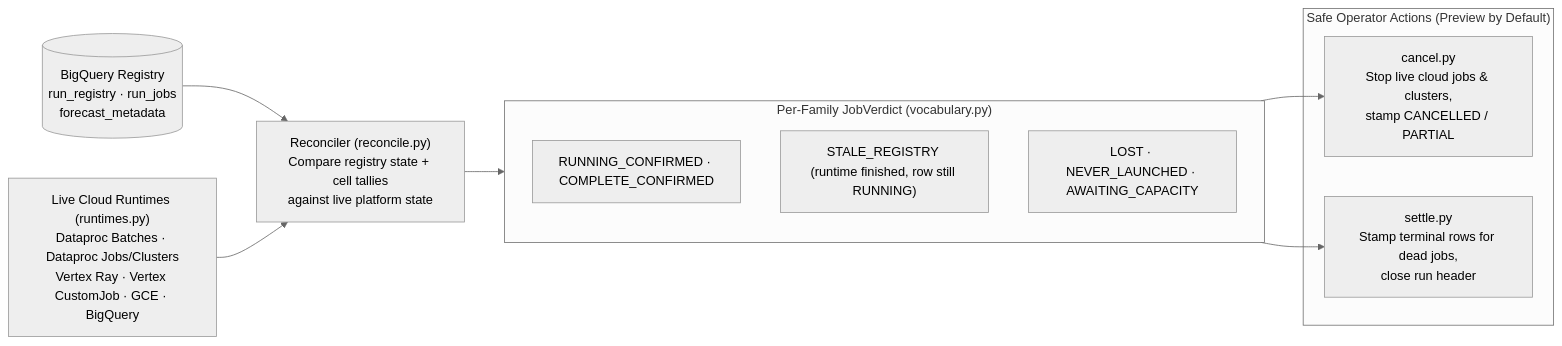
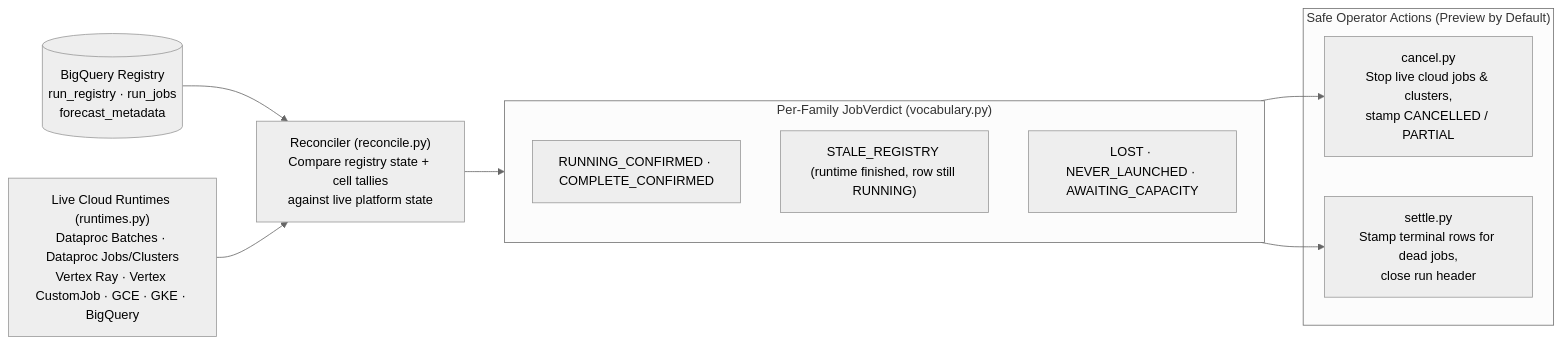
Before and after one commit to statmike/scale-forecasting: the diagram in src/scale_forecasting/probes/README.md, drawn with Mermaid (neutral theme). The commit also changed other lines of this file and 59 other files, not shown here.

Commit message:
feat(gke): add Google Kubernetes Engine (gke) runtime, Indexed Jobs, Ray-on-GKE, per-pod GPU scale-down, and runtimes reference

````diff
--- a/src/scale_forecasting/probes/README.md
+++ b/src/scale_forecasting/probes/README.md
@@ -7,20 +7,20 @@
 ```mermaid
 flowchart LR
     reg[("BigQuery Registry<br/>run_registry · run_jobs<br/>forecast_metadata")]
-    rt["Live Cloud Runtimes (runtimes.py)<br/>Dataproc Batches · Dataproc Jobs/Clusters<br/>Vertex Ray · Vertex CustomJob · GCE · BigQuery"]
+    rt["Live Cloud Runtimes (runtimes.py)<br/>Dataproc Batches · Dataproc Jobs/Clusters<br/>Vertex Ray · Vertex CustomJob · GCE · GKE · BigQuery"]
 
     rec["Reconciler (reconcile.py)<br/>Compare registry state + cell tallies<br/>against live platform state"]
 
     subgraph verdicts["Per-Family JobVerdict (vocabulary.py)"]
         v1["RUNNING_CONFIRMED · COMPLETE_CONFIRMED"]
         v2["STALE_REGISTRY (runtime finished, row still RUNNING)"]
         v3["LOST · NEVER_LAUNCHED · AWAITING_CAPACITY"]
     end
 
     subgraph actions["Safe Operator Actions (Preview by Default)"]
         can["cancel.py<br/>Stop live cloud jobs & clusters,<br/>stamp CANCELLED / PARTIAL"]
         set["settle.py<br/>Stamp terminal rows for dead jobs,<br/>close run header"]
     end
 
     reg & rt --> rec --> verdicts --> can & set
 ```
````
